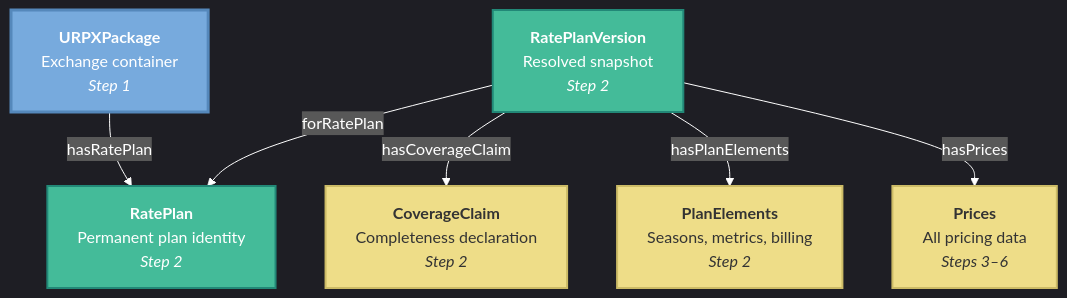
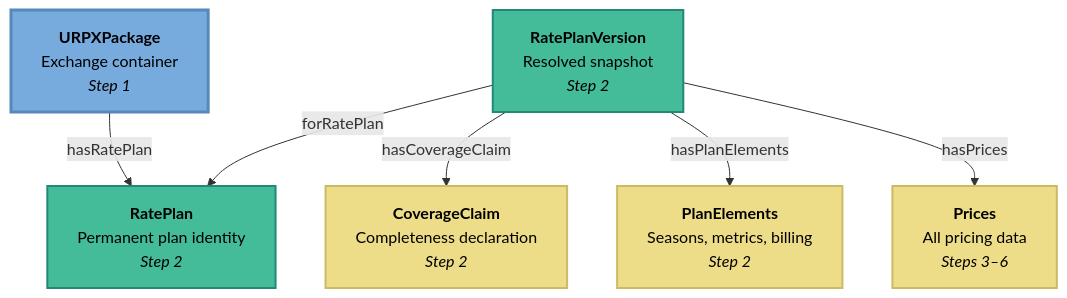
One commit to urpx-org/urpx changed the first of 5 diagrams in documentation/pages/urpx-tutorial.md. Above: the diagram before and after it, drawn with Mermaid. The commit also changed other lines of this file and 65 other files, not shown here.

````diff
--- a/documentation/pages/urpx-tutorial.md
+++ b/documentation/pages/urpx-tutorial.md
@@ -138,25 +138,24 @@
 ```mermaid
-%%{init: {'theme':'dark', 'themeVariables': { 'darkMode':'true', 'background':'#000000', 'primaryColor':'#77AADD', 'primaryTextColor':'#ffffff', 'primaryBorderColor':'#5588BB', 'lineColor':'#ffffff', 'secondaryColor':'#44BB99', 'tertiaryColor':'#EE8866', 'textColor':'#ffffff', 'nodeTextColor':'#ffffff'}}}%%
 
 graph TB
     Doc["<b>URPXPackage</b><br/>Exchange container<br/><i>Step 1</i>"]
     RP["<b>RatePlan</b><br/>Permanent plan identity<br/><i>Step 2</i>"]
     RPV["<b>RatePlanVersion</b><br/>Resolved snapshot<br/><i>Step 2</i>"]
     CC["<b>CoverageClaim</b><br/>Completeness declaration<br/><i>Step 2</i>"]
     PE["<b>PlanElements</b><br/>Seasons, metrics, billing<br/><i>Step 2</i>"]
     Prices["<b>Prices</b><br/>All pricing data<br/><i>Steps 3–6</i>"]
 
     Doc -->|"hasRatePlan"| RP
     RPV -->|"forRatePlan"| RP
     RPV -->|"hasCoverageClaim"| CC
     RPV -->|"hasPlanElements"| PE
     RPV -->|"hasPrices"| Prices
 
-    classDef docClass fill:#77AADD,stroke:#5588BB,stroke-width:3px,color:#fff
-    classDef planClass fill:#44BB99,stroke:#228877,stroke-width:2px,color:#fff
-    classDef priceClass fill:#EEDD88,stroke:#CCBB66,stroke-width:2px,color:#333
+    classDef docClass fill:#77AADD,stroke:#5588BB,stroke-width:3px,color:#000
+    classDef planClass fill:#44BB99,stroke:#228877,stroke-width:2px,color:#000
+    classDef priceClass fill:#EEDD88,stroke:#CCBB66,stroke-width:2px,color:#000
 
     class Doc docClass
     class RP,RPV planClass
     class CC,PE,Prices priceClass
 ```
````
